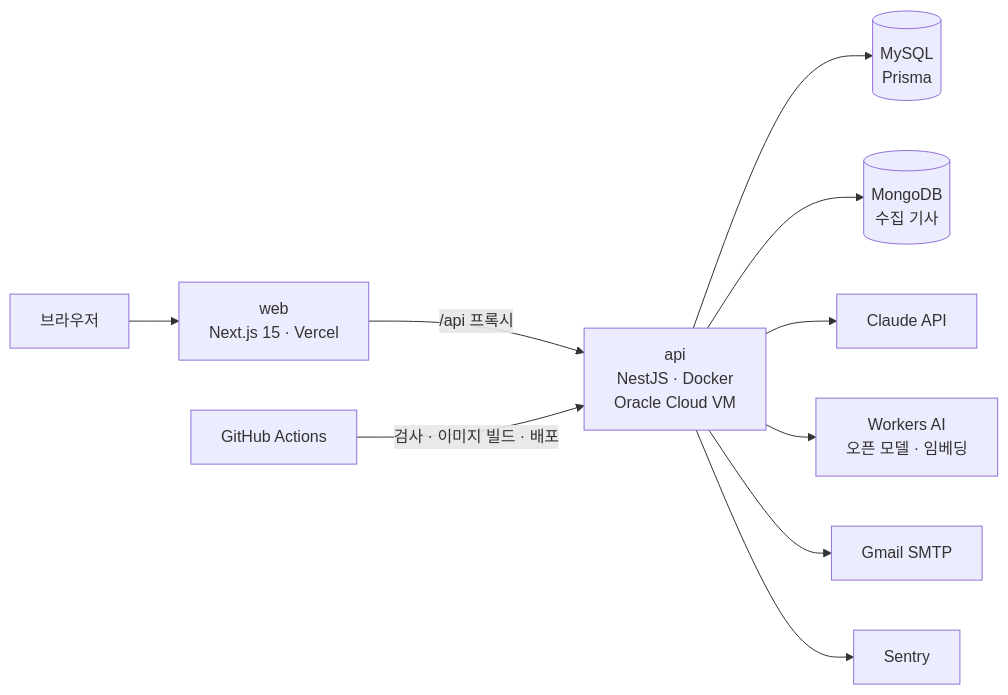
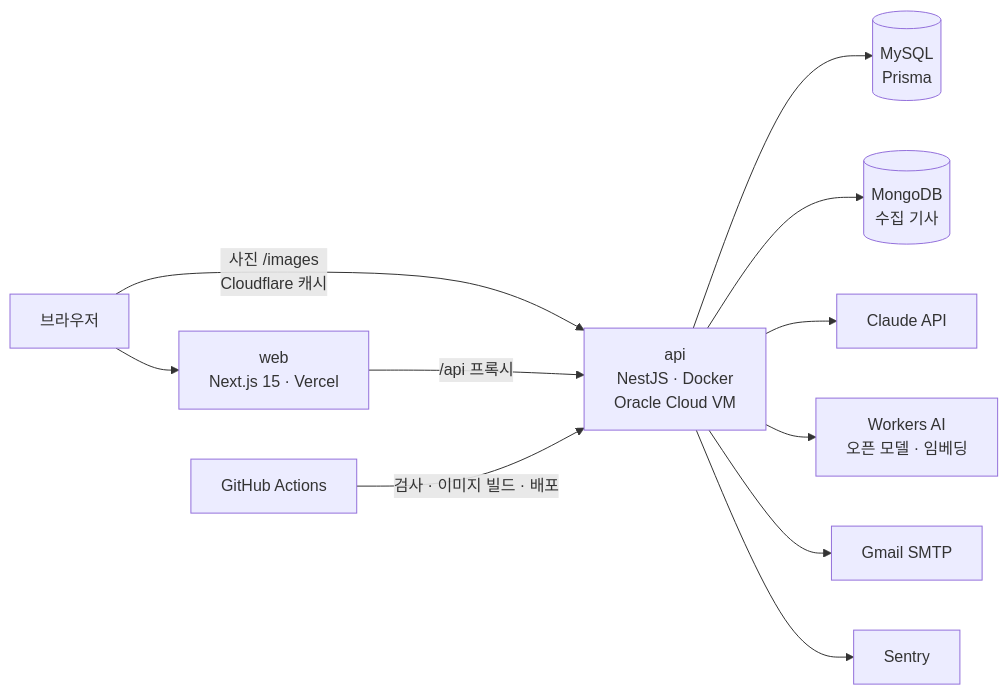
One commit to hyeoniverse/newpick changed the second of 3 diagrams in README.md. Above: the diagram before and after it, drawn with Mermaid. The commit also changed other lines of this file and 1 other file, not shown here.

````diff
--- a/README.md
+++ b/README.md
@@ -57,12 +77,13 @@
 ```mermaid
 flowchart LR
   U["브라우저"] --> W["web<br/>Next.js 15 · Vercel"]
+  U -->|"사진 /images<br/>Cloudflare 캐시"| A
   W -->|"/api 프록시"| A["api<br/>NestJS · Docker<br/>Oracle Cloud VM"]
   A --> MY[("MySQL<br/>Prisma")]
   A --> MO[("MongoDB<br/>수집 기사")]
   A --> CL["Claude API"]
   A --> WA["Workers AI<br/>오픈 모델 · 임베딩"]
   A --> G["Gmail SMTP"]
   GH["GitHub Actions"] -->|"검사 · 이미지 빌드 · 배포"| A
   A --> SE["Sentry"]
 ```
````
